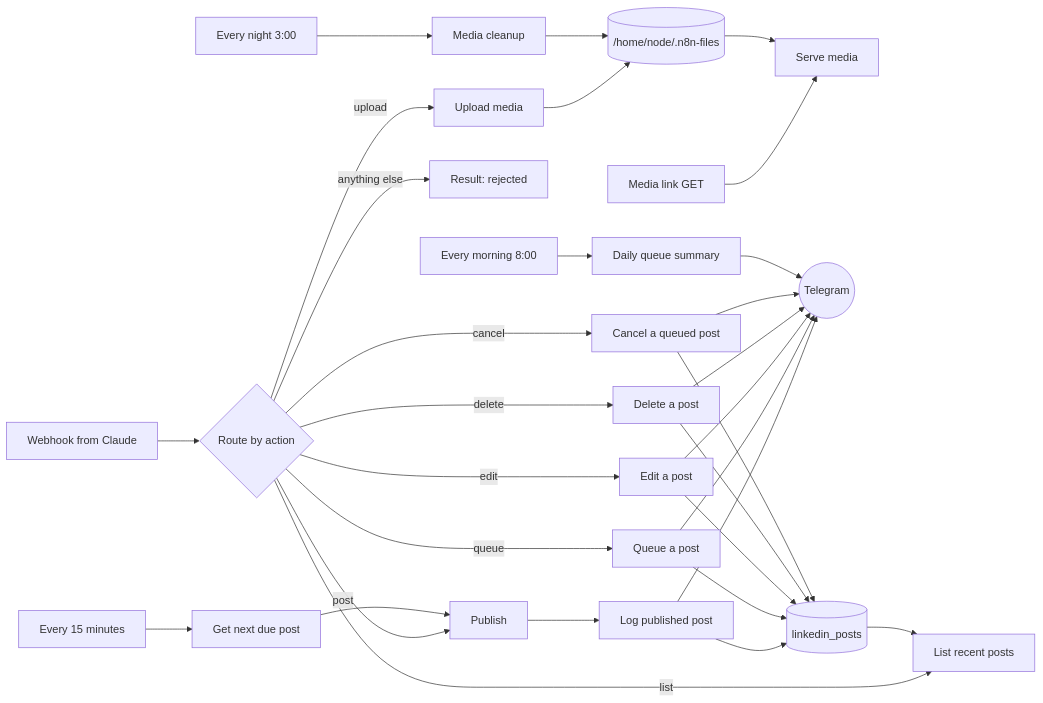
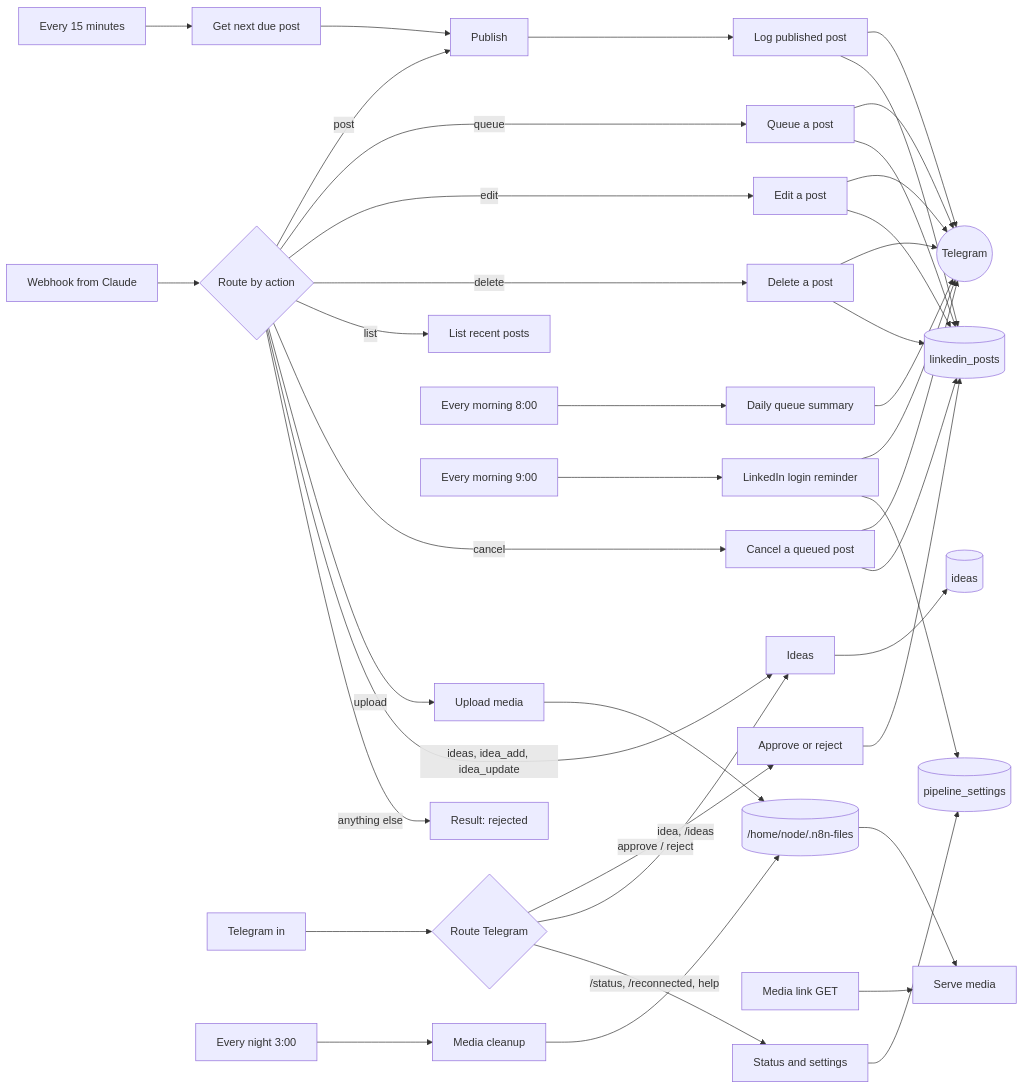
One commit to Mitang321/linkedin-n8n-pipeline changed the diagram in docs/how-it-works.md. Above: the diagram before and after it, drawn with Mermaid. The commit also changed other lines of this file and 29 other files, not shown here.

First line of the commit message:
v1.1.0: guided setup, Docker, Telegram approvals and ideas

````diff
--- a/docs/how-it-works.md
+++ b/docs/how-it-works.md
@@ -11,27 +12,34 @@
 ```mermaid
 flowchart LR
     W[Webhook from Claude] --> R{Route by action}
     R -->|post| P[Publish]
     R -->|queue| Q[Queue a post]
     R -->|edit| E[Edit a post]
     R -->|delete| D[Delete a post]
     R -->|list| L[List recent posts]
     R -->|cancel| C[Cancel a queued post]
     R -->|upload| U[Upload media]
+    R -->|ideas, idea_add, idea_update| I[Ideas]
     R -->|anything else| X[Result: rejected]
 
     S15[Every 15 minutes] --> N[Get next due post] --> P
     P --> LOG[Log published post]
 
+    TG[Telegram in] --> RT{Route Telegram}
+    RT -->|approve / reject| AP[Approve or reject]
+    RT -->|idea, /ideas| I
+    RT -->|/status, /reconnected, help| ST[Status and settings]
+
     S8[Every morning 8:00] --> DQ[Daily queue summary]
+    S9[Every morning 9:00] --> LR[LinkedIn login reminder]
     S3[Every night 3:00] --> MC[Media cleanup]
     M[Media link GET] --> SM[Serve media]
 
-    LOG & Q & E & D & C --> T((Telegram))
-    DQ --> T
-    LOG & Q & E & D & C --> DT[(linkedin_posts)]
-    DT --> L
+    LOG & Q & E & D & C & DQ & LR --> T((Telegram))
+    LOG & Q & E & D & C & AP --> DT[(linkedin_posts)]
+    I --> IT[(ideas)]
+    ST & LR --> PS[(pipeline_settings)]
     U --> F[("/home/node/.n8n-files")]
     F --> SM
     MC --> F
 ```
````
